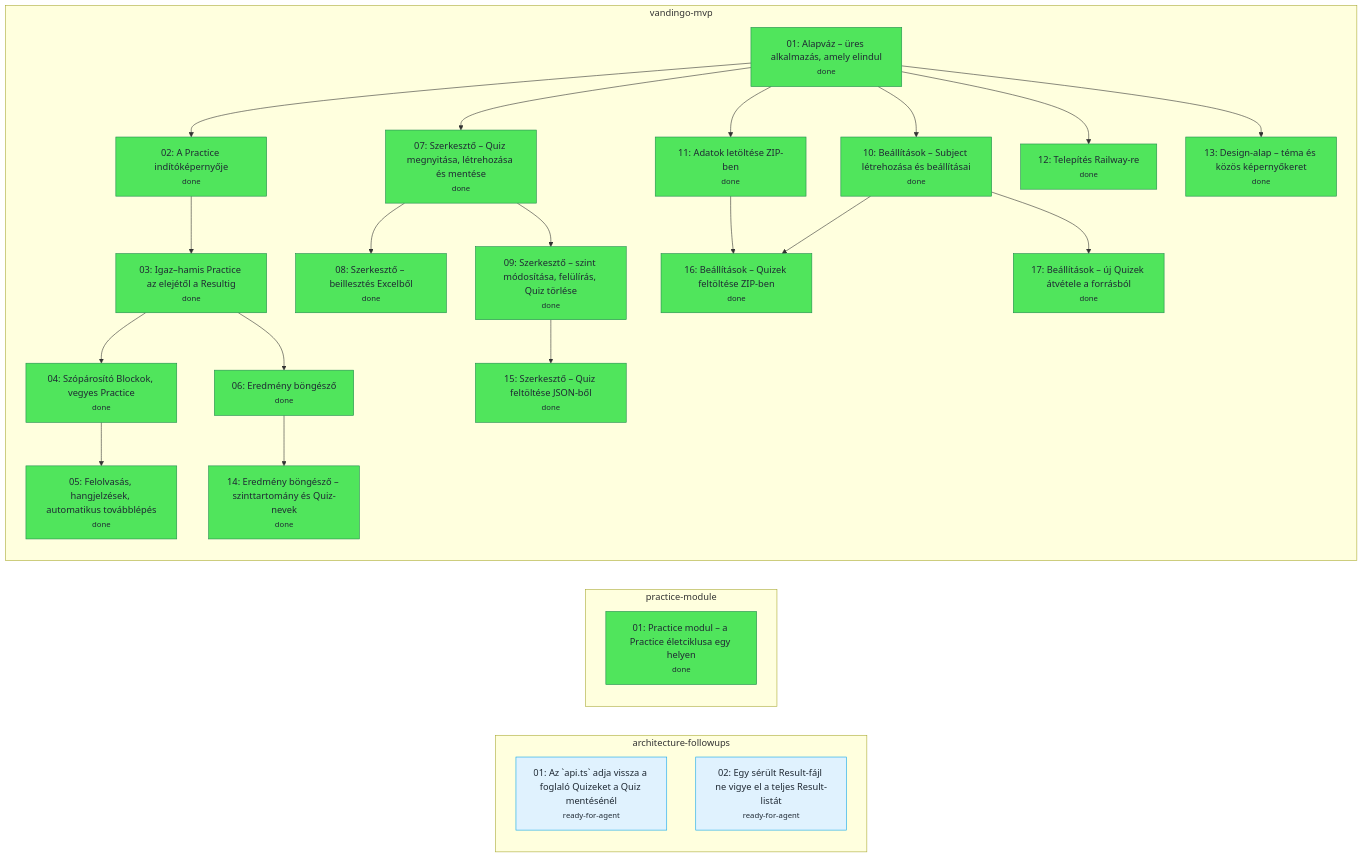
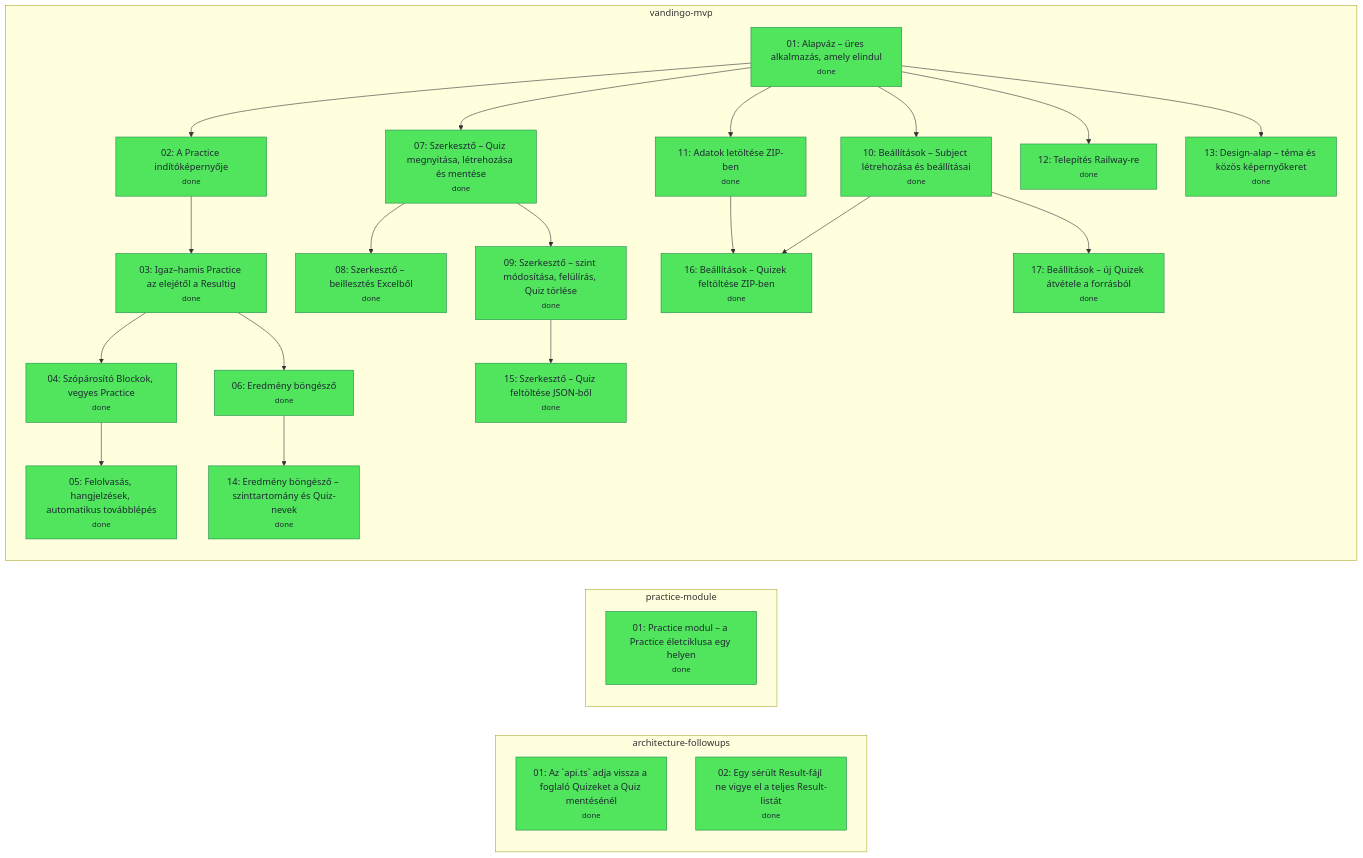
The diagram in .scratch/tickets.mmd (nagyandor76/Vandingo), drawn with Mermaid before and after one commit. The commit also changed 12 other files, not shown here.

First line of the commit message:
Architektúra follow-upok: a mentés kimenetele megnevezi a foglalót, sérült Result-fájl kimarad

```diff
--- a/.scratch/tickets.mmd
+++ b/.scratch/tickets.mmd
@@ -1,50 +1,50 @@
 flowchart LR
   subgraph architecture_followups_feature["architecture-followups"]
-    architecture_followups_1["01: Az `api.ts` adja vissza a foglaló Quizeket a Quiz mentésénél<br/><small>ready-for-agent</small>"]:::ready_for_agent
-    architecture_followups_2["02: Egy sérült Result-fájl ne vigye el a teljes Result-listát<br/><small>ready-for-agent</small>"]:::ready_for_agent
+    architecture_followups_1["01: Az `api.ts` adja vissza a foglaló Quizeket a Quiz mentésénél<br/><small>done</small>"]:::done
+    architecture_followups_2["02: Egy sérült Result-fájl ne vigye el a teljes Result-listát<br/><small>done</small>"]:::done
   end
   subgraph practice_module_feature["practice-module"]
     practice_module_1["01: Practice modul – a Practice életciklusa egy helyen<br/><small>done</small>"]:::done
   end
   subgraph vandingo_mvp_feature["vandingo-mvp"]
     vandingo_mvp_1["01: Alapváz – üres alkalmazás, amely elindul<br/><small>done</small>"]:::done
     vandingo_mvp_2["02: A Practice indítóképernyője<br/><small>done</small>"]:::done
     vandingo_mvp_3["03: Igaz–hamis Practice az elejétől a Resultig<br/><small>done</small>"]:::done
     vandingo_mvp_4["04: Szópárosító Blockok, vegyes Practice<br/><small>done</small>"]:::done
     vandingo_mvp_5["05: Felolvasás, hangjelzések, automatikus továbblépés<br/><small>done</small>"]:::done
     vandingo_mvp_6["06: Eredmény böngésző<br/><small>done</small>"]:::done
     vandingo_mvp_7["07: Szerkesztő – Quiz megnyitása, létrehozása és mentése<br/><small>done</small>"]:::done
     vandingo_mvp_8["08: Szerkesztő – beillesztés Excelből<br/><small>done</small>"]:::done
     vandingo_mvp_9["09: Szerkesztő – szint módosítása, felülírás, Quiz törlése<br/><small>done</small>"]:::done
     vandingo_mvp_10["10: Beállítások – Subject létrehozása és beállításai<br/><small>done</small>"]:::done
     vandingo_mvp_11["11: Adatok letöltése ZIP-ben<br/><small>done</small>"]:::done
     vandingo_mvp_12["12: Telepítés Railway-re<br/><small>done</small>"]:::done
     vandingo_mvp_13["13: Design-alap – téma és közös képernyőkeret<br/><small>done</small>"]:::done
     vandingo_mvp_14["14: Eredmény böngésző – szinttartomány és Quiz-nevek<br/><small>done</small>"]:::done
     vandingo_mvp_15["15: Szerkesztő – Quiz feltöltése JSON-ből<br/><small>done</small>"]:::done
     vandingo_mvp_16["16: Beállítások – Quizek feltöltése ZIP-ben<br/><small>done</small>"]:::done
     vandingo_mvp_17["17: Beállítások – új Quizek átvétele a forrásból<br/><small>done</small>"]:::done
   end
   vandingo_mvp_1 --> vandingo_mvp_2
   vandingo_mvp_2 --> vandingo_mvp_3
   vandingo_mvp_3 --> vandingo_mvp_4
   vandingo_mvp_4 --> vandingo_mvp_5
   vandingo_mvp_3 --> vandingo_mvp_6
   vandingo_mvp_1 --> vandingo_mvp_7
   vandingo_mvp_7 --> vandingo_mvp_8
   vandingo_mvp_7 --> vandingo_mvp_9
   vandingo_mvp_1 --> vandingo_mvp_10
   vandingo_mvp_1 --> vandingo_mvp_11
   vandingo_mvp_1 --> vandingo_mvp_12
   vandingo_mvp_1 --> vandingo_mvp_13
   vandingo_mvp_6 --> vandingo_mvp_14
   vandingo_mvp_9 --> vandingo_mvp_15
   vandingo_mvp_10 --> vandingo_mvp_16
   vandingo_mvp_11 --> vandingo_mvp_16
   vandingo_mvp_10 --> vandingo_mvp_17
   classDef done fill:#50e55c,stroke:#1f8a4c,color:#1f2933
   classDef ready_for_agent fill:#e0f2fe,stroke:#0ea5e9,color:#1f2933
   classDef ready_for_human fill:#fef3c7,stroke:#f59e0b,color:#1f2933
   classDef needs_triage fill:#f3f4f6,stroke:#6b7480,color:#1f2933
   classDef needs_info fill:#fbecea,stroke:#c2413b,color:#1f2933
   classDef wontfix fill:#f3f4f6,stroke:#9ca3af,color:#6b7480,stroke-dasharray:4
```
